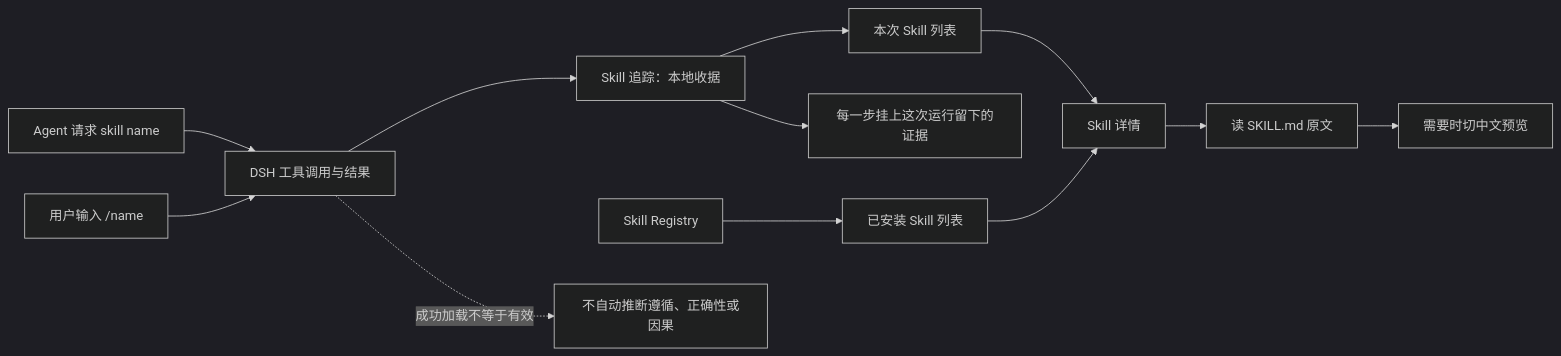
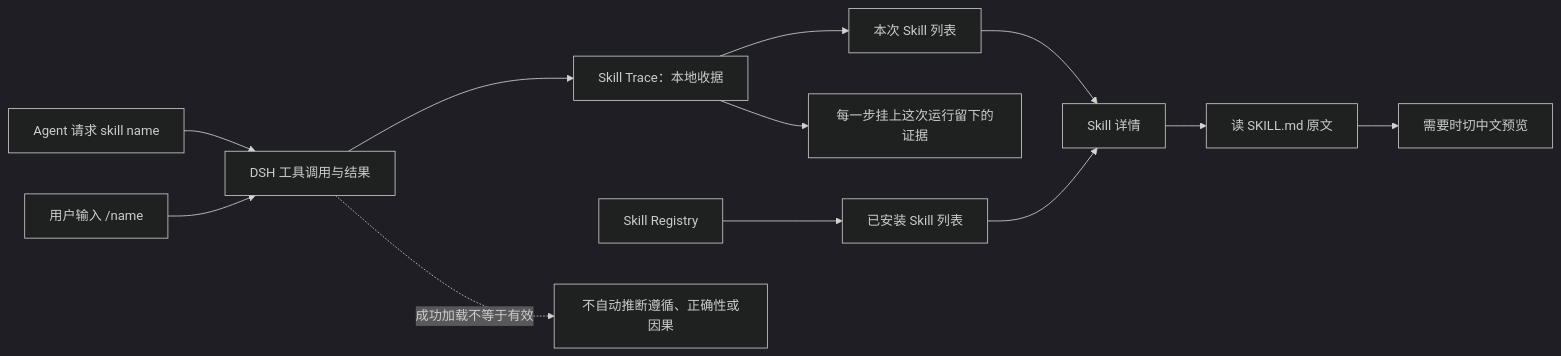
Before and after one commit to PolinniZhong/dsh-skill-intelligence: the diagram in README.md, drawn with Mermaid (dark theme). The commit also changed other lines of this file and 13 other files, not shown here.

Commit message:
brand: Skill Trace → DSH Skill Intelligence（DSH Skill 智能实验室）

````diff
--- a/README.md
+++ b/README.md
@@ -92,15 +107,15 @@
 ```mermaid
 flowchart LR
     A[Agent 请求 skill name] --> B[DSH 工具调用与结果]
     U["用户输入 /name"] --> B
-    B --> C[Skill 追踪：本地收据]
+    B --> C[Skill Trace：本地收据]
     C --> D[本次 Skill 列表]
     R[Skill Registry] --> E[已安装 Skill 列表]
     D --> F[Skill 详情]
     E --> F
     F --> G[读 SKILL.md 原文]
     G --> H[需要时切中文预览]
     C --> I[每一步挂上这次运行留下的证据]
 
     B -. 成功加载不等于有效 .-> J[不自动推断遵循、正确性或因果]
 ```
````
